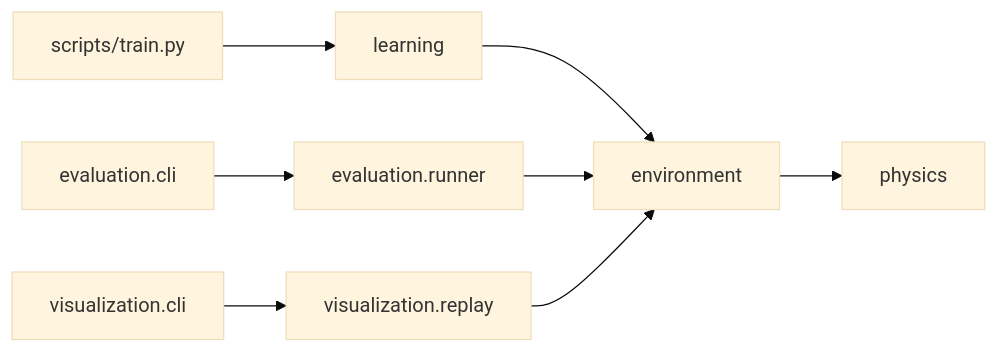
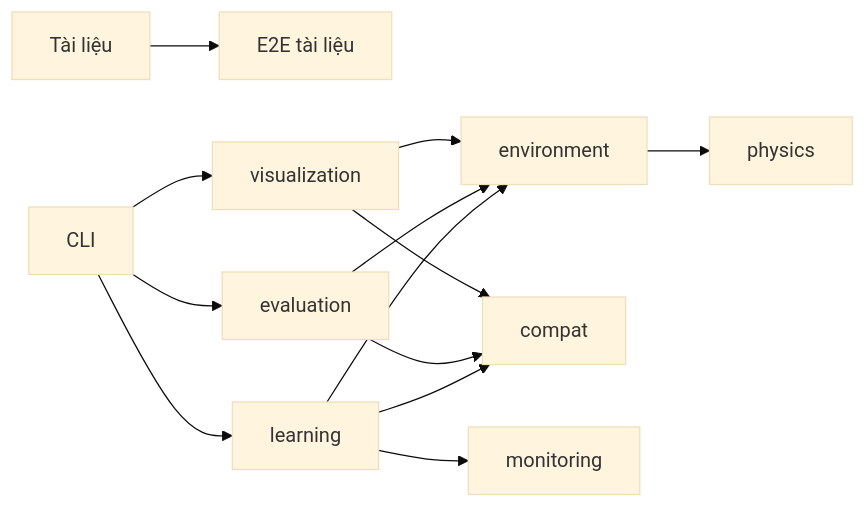
Before and after one commit to qxbao/mma_ai: the diagram in docs/00-survey/mma-ai-project-docs.md, drawn with Mermaid (base theme). The commit also changed other lines of this file and 13 other files, not shown here.

````diff
--- a/docs/00-survey/mma-ai-project-docs.md
+++ b/docs/00-survey/mma-ai-project-docs.md
@@ -43,10 +51,15 @@
 ```mermaid
 graph LR
-  Train[scripts/train.py] --> Learn[learning]
+  Docs[Tài liệu] --> E2E[E2E tài liệu]
+  CLI[CLI] --> Learn[learning]
+  CLI --> Eval[evaluation]
+  CLI --> Vis[visualization]
   Learn --> Env[environment]
-  Eval[evaluation.cli] --> Runner[evaluation.runner]
-  Runner --> Env
-  Replay[visualization.cli] --> Vis[visualization.replay]
+  Eval --> Env
   Vis --> Env
   Env --> Physics[physics]
+  Learn --> Compat[compat]
+  Eval --> Compat
+  Vis --> Compat
+  Learn --> Monitor[monitoring]
 ```
````
